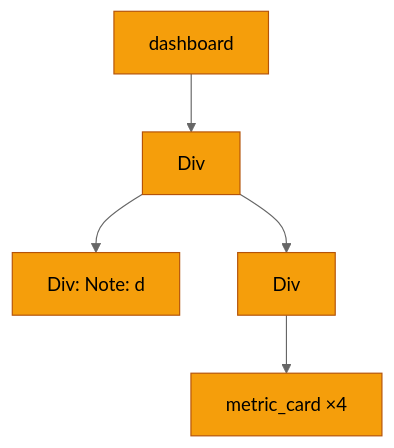
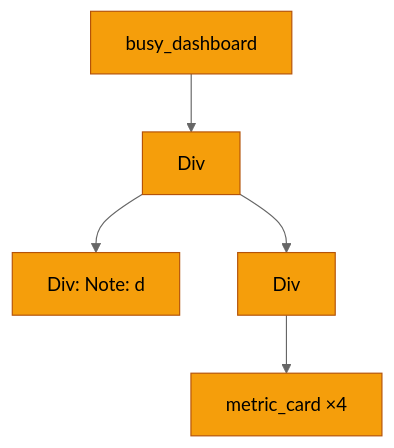
Before and after one commit to JoshKarpel/counterweight: the first of 2 diagrams in docs/performance.md, drawn with Mermaid (neutral theme). The commit also changed other lines of this file and 373 other files, not shown here.

````diff
--- a/docs/performance.md
+++ b/docs/performance.md
@@ -111,9 +111,9 @@
 ```mermaid
 flowchart TB
-    dashboard["dashboard"]:::rerun --> column["Div"]:::rerun
+    dashboard["busy_dashboard"]:::rerun --> column["Div"]:::rerun
     column --> note_row["Div: Note: d"]:::rerun
     column --> cards_row["Div"]:::rerun
     cards_row --> cards["metric_card ×4"]:::rerun
 
     classDef rerun fill:#f59e0b,stroke:#b45309,color:#000
 ```
````
